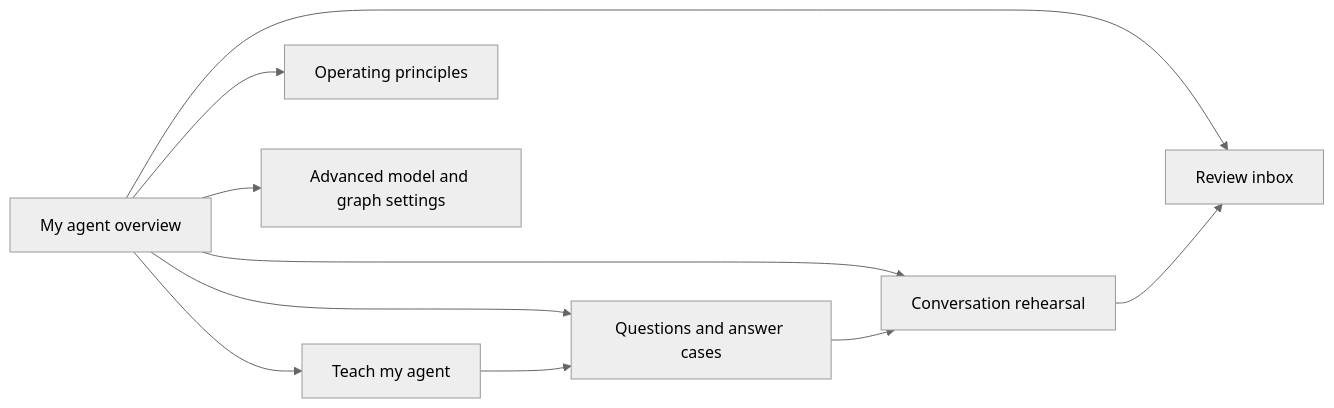
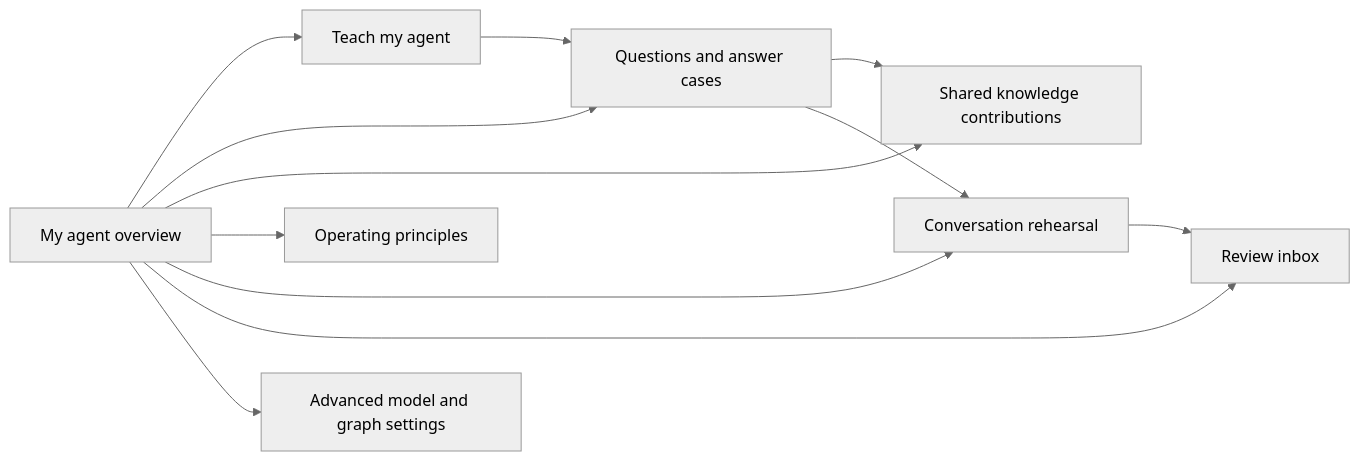
The first of 7 diagrams in design/agent-customization-flows.md (sanolamian12/neo-luddite), drawn with Mermaid (neutral theme) before and after one commit. The commit also changed other lines of this file and 31 other files, not shown here.

Commit message:
feat: teach agents from consultations and track shared knowledge contributions

````diff
--- a/design/agent-customization-flows.md
+++ b/design/agent-customization-flows.md
@@ -7,12 +7,14 @@
 ```mermaid
 flowchart LR
   Home[My agent overview] --> Teach[Teach my agent]
   Home --> Knowledge[Questions and answer cases]
+  Home --> Contributions[Shared knowledge contributions]
   Home --> Rules[Operating principles]
   Home --> Try[Conversation rehearsal]
   Home --> Inbox[Review inbox]
   Home --> Advanced[Advanced model and graph settings]
   Teach --> Knowledge
+  Knowledge --> Contributions
   Knowledge --> Try
   Try --> Inbox
 ```
````
